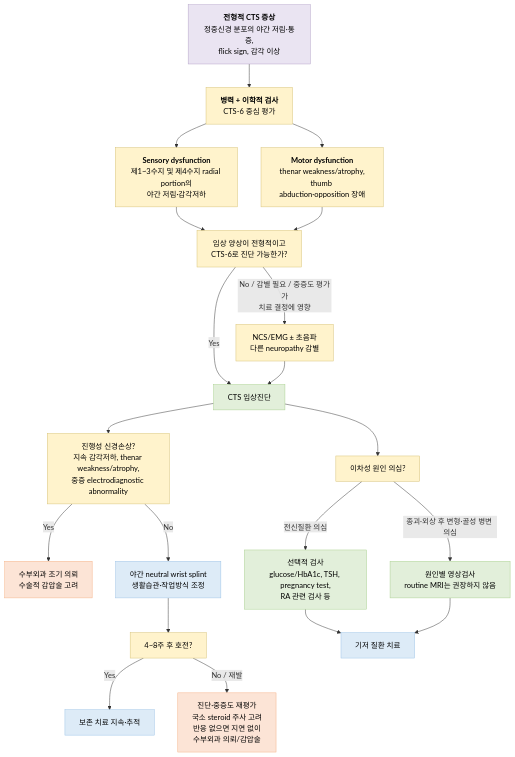
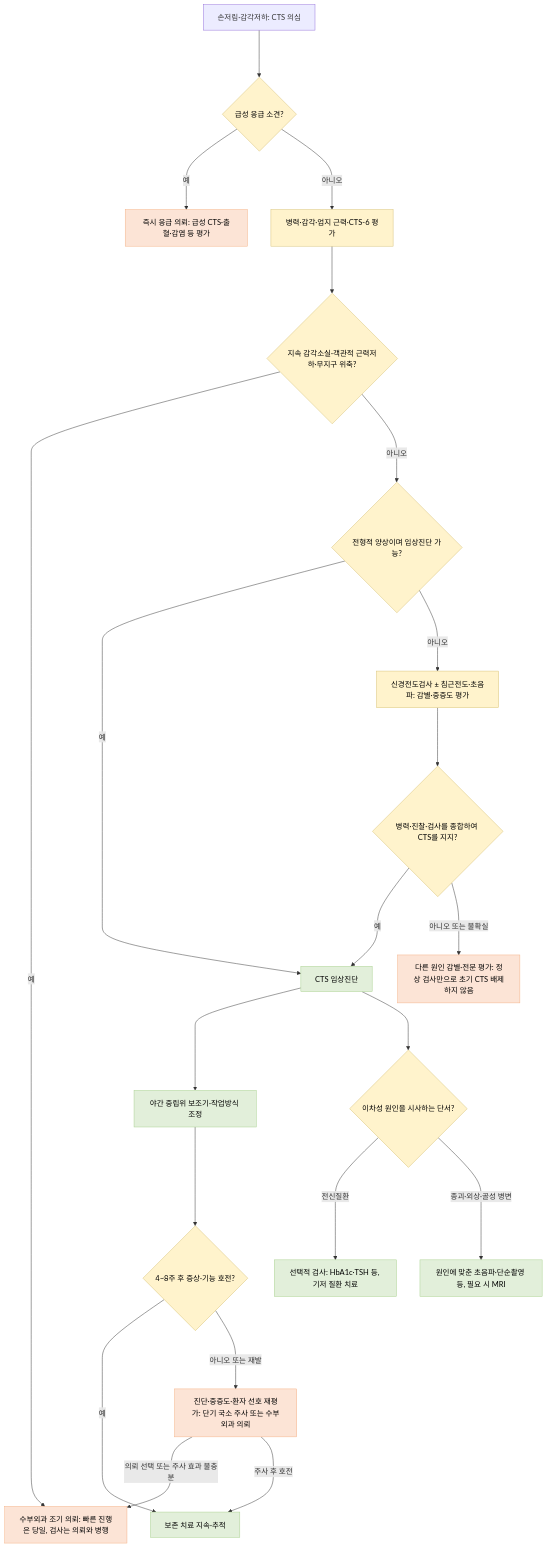
The diagram in 228_/142_-carpal-tunnel-syndrome-cts.md (familyoh77/familyoh77), drawn with Mermaid before and after one commit. The commit also changed other lines of this file and 8 other files, not shown here.

````diff
--- a/228_/142_-carpal-tunnel-syndrome-cts.md
+++ b/228_/142_-carpal-tunnel-syndrome-cts.md
@@ -114,40 +123,30 @@
 ```mermaid
 graph TD
-    A["<b>전형적 CTS 증상</b><br/>정중신경 분포의 야간 저림·통증,<br/>flick sign, 감각 이상"] --> B["<b>병력 + 이학적 검사</b><br/>CTS-6 중심 평가"]
+    A["손저림·감각저하: CTS 의심"] ---> R{"급성 응급 소견?"}
+    R --->|예| ER["즉시 응급 의뢰: 급성 CTS·출혈·감염 등 평가"]
+    R --->|아니오| B["병력·감각·엄지 근력·CTS-6 평가"]
+    B ---> W{"지속 감각소실·객관적 근력저하·무지구 위축?"}
+    W --->|예| H["수부외과 조기 의뢰: 빠른 진행은 당일, 검사는 의뢰와 병행"]
+    W --->|아니오| D{"전형적 양상이며 임상진단 가능?"}
+    D --->|예| E["CTS 임상진단"]
+    D --->|아니오| F["신경전도검사 ± 침근전도·초음파: 감별·중증도 평가"]
+    F ---> Q{"병력·진찰·검사를 종합하여 CTS를 지지?"}
+    Q --->|예| E
+    Q --->|아니오 또는 불확실| X["다른 원인 감별·전문 평가: 정상 검사만으로 초기 CTS 배제하지 않음"]
+    E ---> I["야간 중립위 보조기·작업방식 조정"]
+    I ---> J{"4~8주 후 증상·기능 호전?"}
+    J --->|예| K["보존 치료 지속·추적"]
+    J --->|아니오 또는 재발| L["진단·중증도·환자 선호 재평가: 단기 국소 주사 또는 수부외과 의뢰"]
+    L --->|의뢰 선택 또는 주사 효과 불충분| H
+    L --->|주사 후 호전| K
+    E ---> M{"이차성 원인을 시사하는 단서?"}
+    M --->|전신질환| N["선택적 검사: HbA1c·TSH 등, 기저 질환 치료"]
+    M --->|종괴·외상·골성 병변| O["원인에 맞춘 초음파·단순촬영 등, 필요 시 MRI"]
 
-    B --> C1["<b>Sensory dysfunction</b><br/>제1~3수지 및 제4수지 radial portion의<br/>야간 저림·감각저하"]
-    B --> C2["<b>Motor dysfunction</b><br/>thenar weakness/atrophy,<br/>thumb abduction·opposition 장애"]
-
-    C1 --> D["임상 양상이 전형적이고<br/>CTS-6로 진단 가능한가?"]
-    C2 --> D
-
-    D -->|Yes| E["CTS 임상진단"]
-    D -->|No / 감별 필요 / 중증도 평가가<br/>치료 결정에 영향| F["NCS/EMG ± 초음파<br/>다른 neuropathy 감별"]
-    F --> E
-
-    E --> G["진행성 신경손상?<br/>지속 감각저하, thenar weakness/atrophy,<br/>중증 electrodiagnostic abnormality"]
-    G -->|Yes| H["수부외과 조기 의뢰<br/>수술적 감압술 고려"]
-    G -->|No| I["야간 neutral wrist splint<br/>생활습관·작업방식 조정"]
-
-    I --> J["4~8주 후 호전?"]
-    J -->|Yes| K["보존 치료 지속·추적"]
-    J -->|No / 재발| L["진단·중증도 재평가<br/>국소 steroid 주사 고려<br/>반응 없으면 지연 없이<br/>수부외과 의뢰/감압술"]
-
-    E --> M["이차성 원인 의심?"]
-    M -->|전신질환 의심| N["선택적 검사<br/>glucose/HbA1c, TSH, pregnancy test,<br/>RA 관련 검사 등"]
-    M -->|종괴·외상 후 변형·골성 병변 의심| O["원인별 영상검사<br/>routine MRI는 권장하지 않음"]
-    N --> P["기저 질환 치료"]
-    O --> P
-
-    classDef purple fill:#EAE4F2,stroke:#B3A2C7,color:#000
-    classDef yellow fill:#FFF3CC,stroke:#D6C175,color:#000
-    classDef green fill:#E2EFDA,stroke:#A9D08E,color:#000
-    classDef pink fill:#FCE4D6,stroke:#F4B084,color:#000
-    classDef blue fill:#DDEBF7,stroke:#9BC2E6,color:#000
-
-    class A purple
-    class B,C1,C2,D,F,G,J,M yellow
-    class E,N,O green
-    class H,L pink
-    class I,K,P blue
+    classDef assess fill:#FFF3CC,stroke:#D6C175,color:#000
+    classDef action fill:#FCE4D6,stroke:#F4B084,color:#000
+    classDef care fill:#E2EFDA,stroke:#A9D08E,color:#000
+    class R,B,W,D,F,Q,J,M assess
+    class ER,H,L,X action
+    class E,I,K,N,O care
 ```
````
